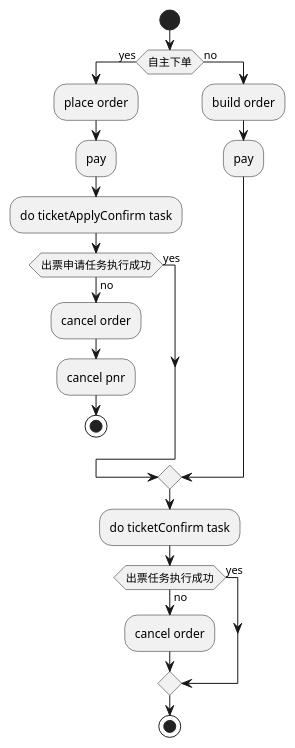
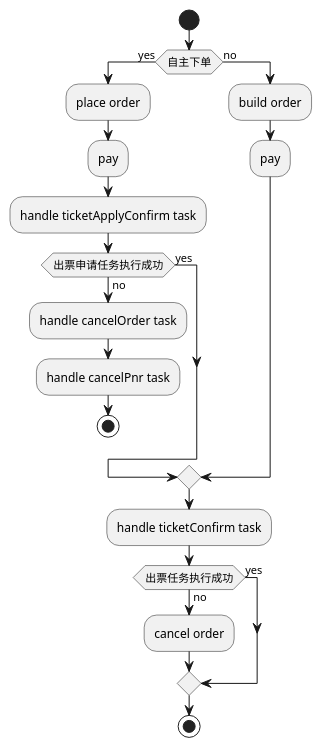
The diagram in plantuml/flow/international-flight-create-order.puml (viper140/painting), drawn with PlantUML before and after one commit.

```diff
--- a/plantuml/flow/international-flight-create-order.puml
+++ b/plantuml/flow/international-flight-create-order.puml
@@ -1,32 +1,32 @@
 @startuml
 
 start
 
 if (自主下单) then (yes)
   :place order;
   :pay;
-  :do ticketApplyConfirm task;
+  :handle ticketApplyConfirm task;
    
   if (出票申请任务执行成功) then (yes)
   else (no) 
-    :cancel order;
-    :cancel pnr;
+    :handle cancelOrder task;
+    :handle cancelPnr task;
     stop
   endif
 
 else (no)
   :build order;
   :pay;
 
 endif
 
-:do ticketConfirm task;
+:handle ticketConfirm task;
   
 if (出票任务执行成功) then (yes)
 else (no) 
   :cancel order; 
 endif
 
 stop
 
 @enduml
```
